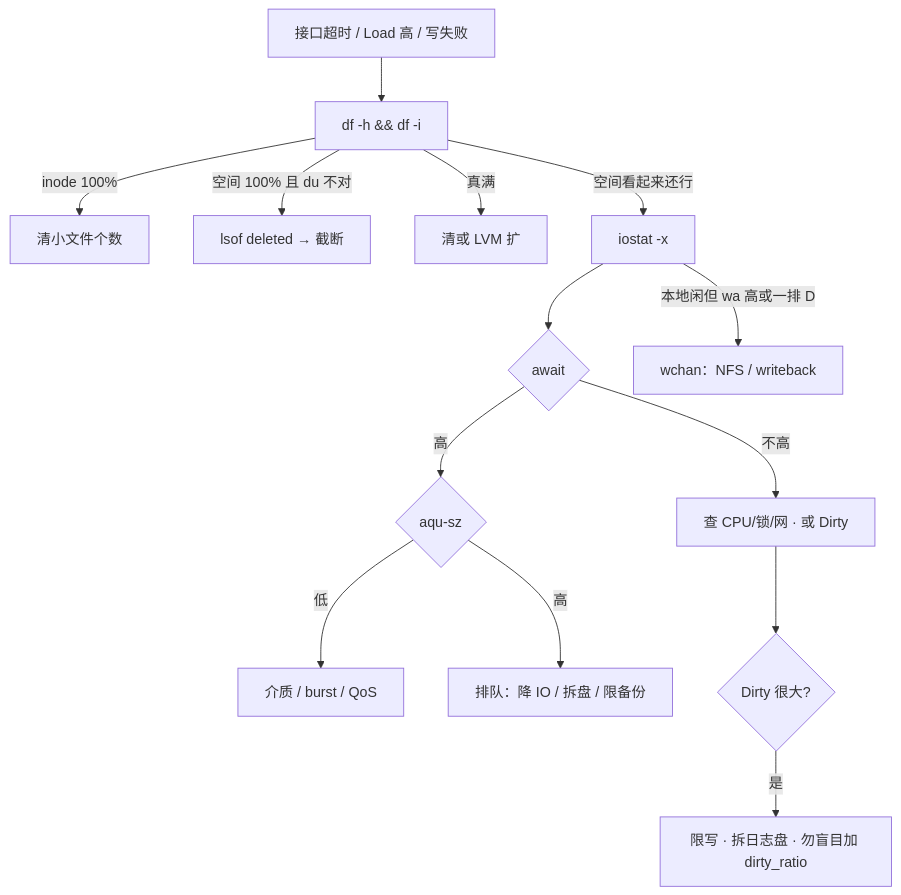
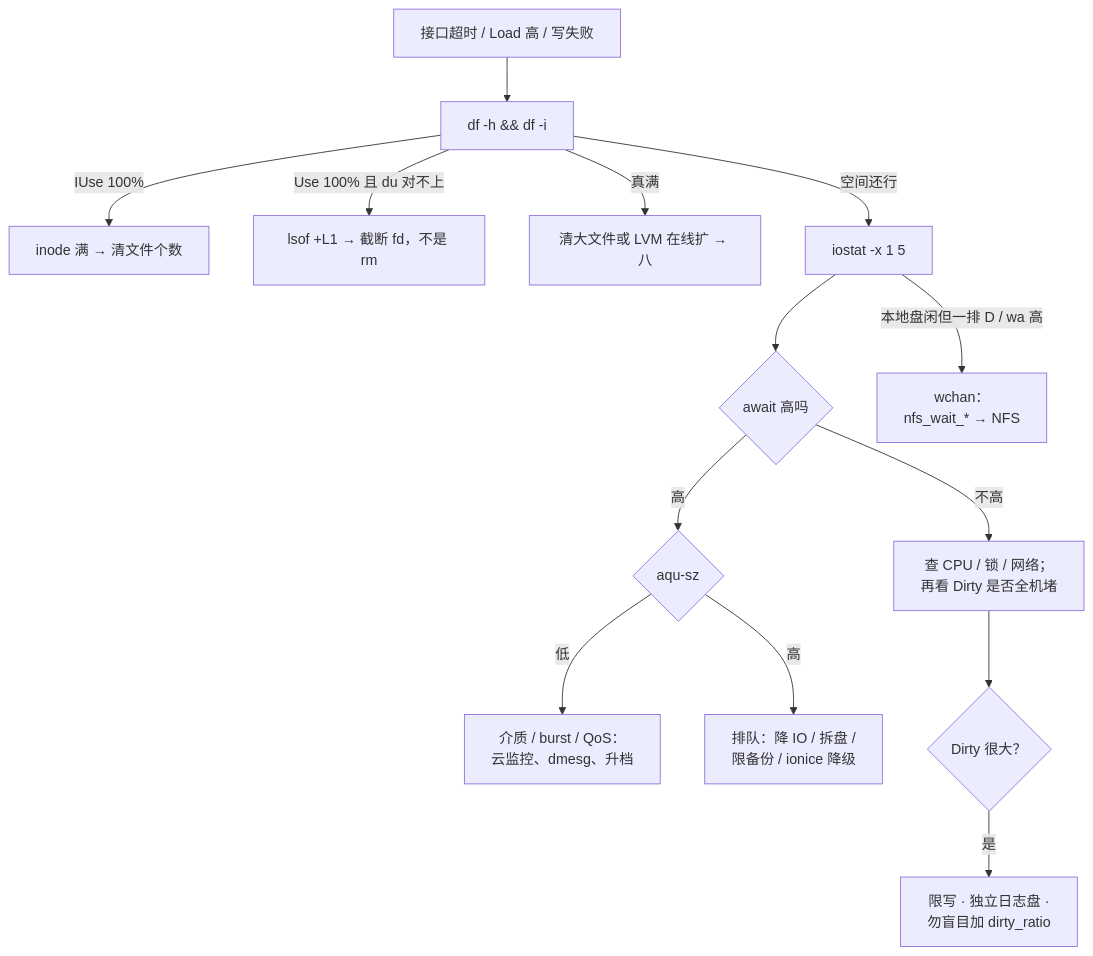
Before and after one commit to ml-cuizijun/LearnToLilith: the ninth of 9 diagrams in 01-基础底座/08-磁盘与IO/知识点.md, drawn with Mermaid. The commit also changed other lines of this file and 470 other files, not shown here.

````diff
--- a/01-基础底座/08-磁盘与IO/知识点.md
+++ b/01-基础底座/08-磁盘与IO/知识点.md
@@ -850,16 +431,16 @@
 ```mermaid
 flowchart TB
     A["接口超时 / Load 高 / 写失败"] --> B["df -h && df -i"]
-    B -->|inode 100%| I[清小文件个数]
-    B -->|空间 100% 且 du 不对| J[lsof deleted → 截断]
-    B -->|真满| K[清或 LVM 扩]
-    B -->|空间看起来还行| C["iostat -x"]
-    C --> D{await}
-    D -->|不高| E["查 CPU/锁/网 · 或 Dirty"]
-    D -->|高| F{aqu-sz}
-    F -->|低| G[介质 / burst / QoS]
-    F -->|高| H[排队：降 IO / 拆盘 / 限备份]
-    C -->|本地闲但 wa 高或一排 D| L[wchan：NFS / writeback]
-    E --> M{Dirty 很大?}
-    M -->|是| N[限写 · 拆日志盘 · 勿盲目加 dirty_ratio]
+    B -->|"IUse 100%"| I["inode 满 → 清文件个数"]
+    B -->|"Use 100% 且 du 对不上"| J["lsof +L1 → 截断 fd，不是 rm"]
+    B -->|"真满"| K["清大文件或 LVM 在线扩 → 八"]
+    B -->|"空间还行"| C["iostat -x 1 5"]
+    C --> D{"await 高吗"}
+    D -->|不高| E["查 CPU / 锁 / 网络；<br/>再看 Dirty 是否全机堵"]
+    D -->|高| F{"aqu-sz"}
+    F -->|低| G["介质 / burst / QoS：<br/>云监控、dmesg、升档"]
+    F -->|高| H["排队：降 IO / 拆盘 /<br/>限备份 / ionice 降级"]
+    E --> M{"Dirty 很大？"}
+    M -->|是| N["限写 · 独立日志盘 ·<br/>勿盲目加 dirty_ratio"]
+    C -->|"本地盘闲但一排 D / wa 高"| L["wchan：<br/>nfs_wait_* → NFS"]
 ```
````
